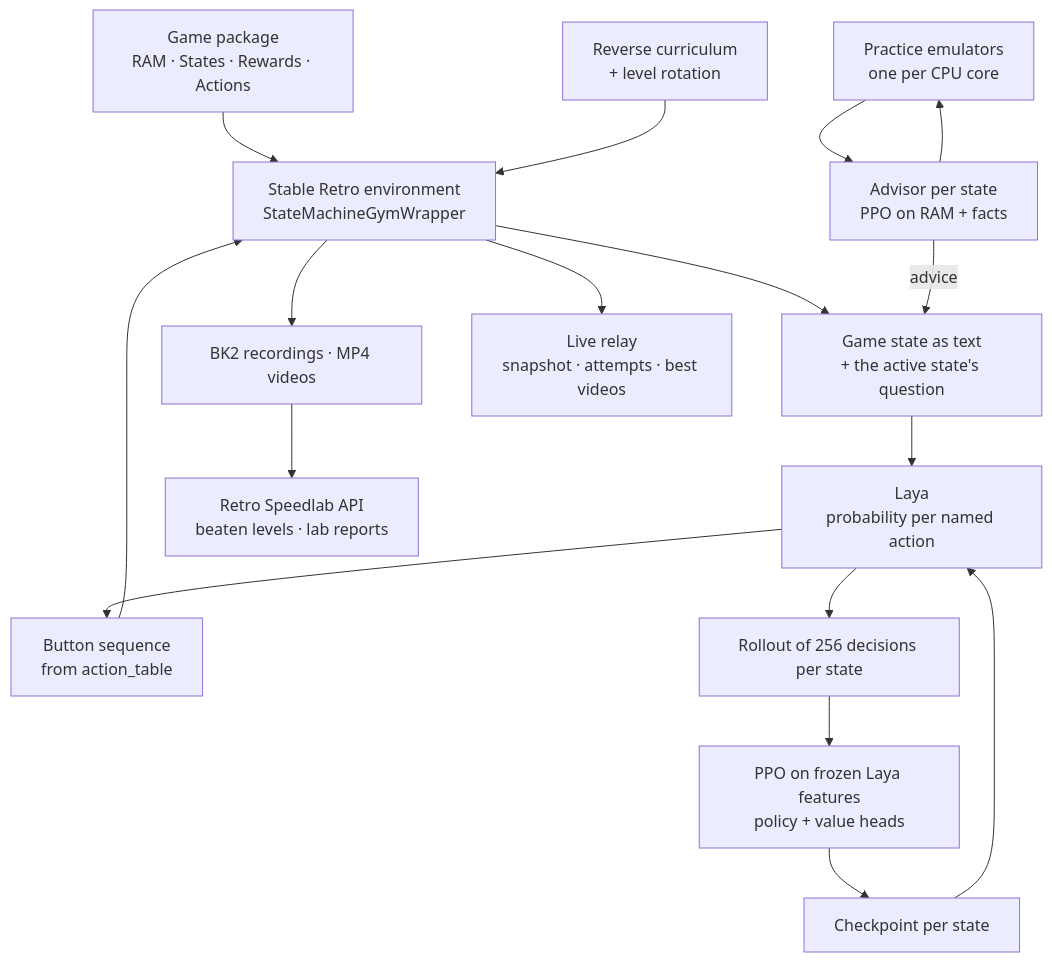
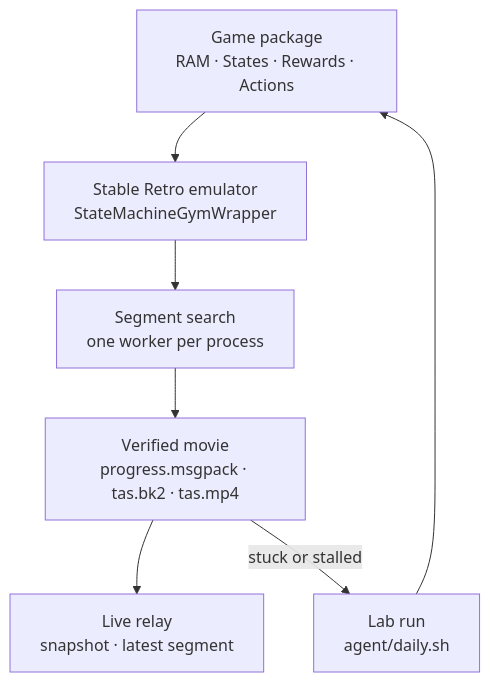
Before and after one commit to datenwissenschaften/retro-speedlab-core: the diagram in README.md, drawn with Mermaid. The commit also changed other lines of this file and 167 other files, not shown here.

````diff
--- a/README.md
+++ b/README.md
@@ -52,34 +28,16 @@
 ```mermaid
 flowchart TD
     Game["Game package<br/>RAM · States · Rewards · Actions"]
-    Env["Stable Retro environment<br/>StateMachineGymWrapper"]
-    Text["Game state as text<br/>+ the active state's question"]
-    Laya["Laya<br/>probability per named action"]
-    Practice["Practice emulators<br/>one per CPU core"]
-    Advisor["Advisor per state<br/>PPO on RAM + facts"]
-    Action["Button sequence<br/>from action_table"]
-    Rollout["Rollout of 256 decisions per state"]
-    Learner["PPO on frozen Laya features<br/>policy + value heads"]
-    Models["Checkpoint per state"]
-    Curriculum["Reverse curriculum<br/>+ level rotation"]
-    Rec["BK2 recordings · MP4 videos"]
-    UI["Live relay<br/>snapshot · attempts · best videos"]
-    API["Retro Speedlab API<br/>beaten levels · lab reports"]
+    Env["Stable Retro emulator<br/>StateMachineGymWrapper"]
+    Search["Segment search<br/>one worker per process"]
+    Movie["Verified movie<br/>progress.msgpack · tas.bk2 · tas.mp4"]
+    Relay["Live relay<br/>snapshot · latest segment"]
+    Lab["Lab run<br/>agent/daily.sh"]
 
     Game --> Env
-    Env --> Text
-    Text --> Laya
-    Laya --> Action
-    Action --> Env
-    Laya --> Rollout
-    Practice --> Advisor
-    Advisor --> Practice
-    Advisor -- "advice" --> Text
-    Rollout --> Learner
-    Learner --> Models
-    Models --> Laya
-    Curriculum --> Env
-    Env --> Rec
-    Rec --> API
-    Env --> UI
+    Env --> Search
+    Search --> Movie
+    Movie --> Relay
+    Movie -- "stuck or stalled" --> Lab
+    Lab --> Game
 ```
````
